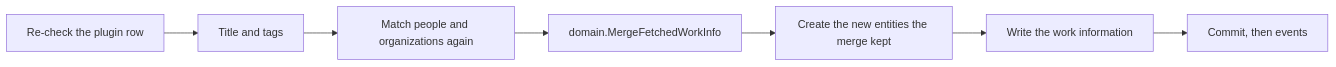
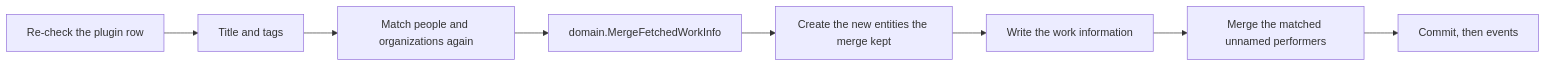
The seventh of 7 diagrams in docs/design-docs/work-info-plugins.md (syudead/vv), drawn with Mermaid before and after one commit. The commit also changed other lines of this file and 22 other files, not shown here.

First line of the commit message:
Match unnamed performers with fetched ones in the work-info apply

````diff
--- a/docs/design-docs/work-info-plugins.md
+++ b/docs/design-docs/work-info-plugins.md
@@ -458,9 +495,10 @@
 ```mermaid
 flowchart LR
   recheck[Re-check the plugin row] --> title[Title and tags]
   title --> match[Match people and organizations again]
   match --> merge[domain.MergeFetchedWorkInfo]
   merge --> create[Create the new entities the merge kept]
   create --> write[Write the work information]
-  write --> commit[Commit, then events]
+  write --> same[Merge the matched unnamed performers]
+  same --> commit[Commit, then events]
 ```
````
